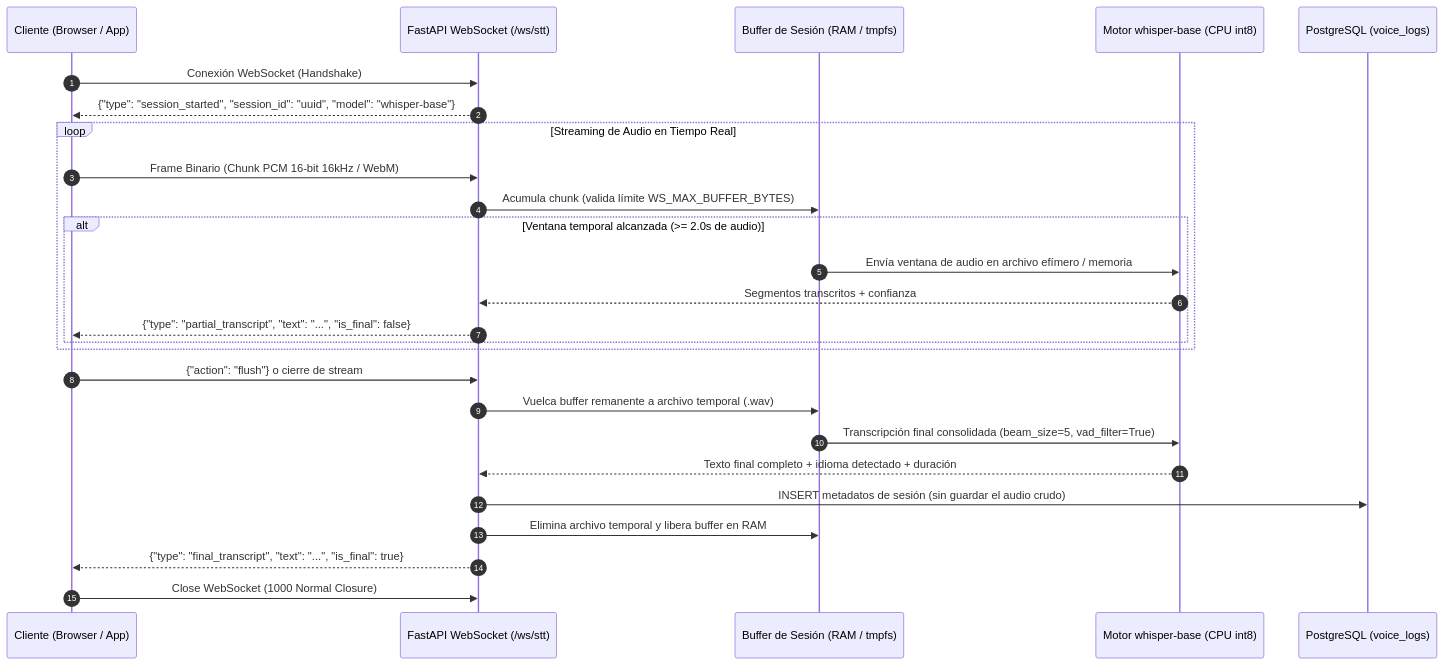
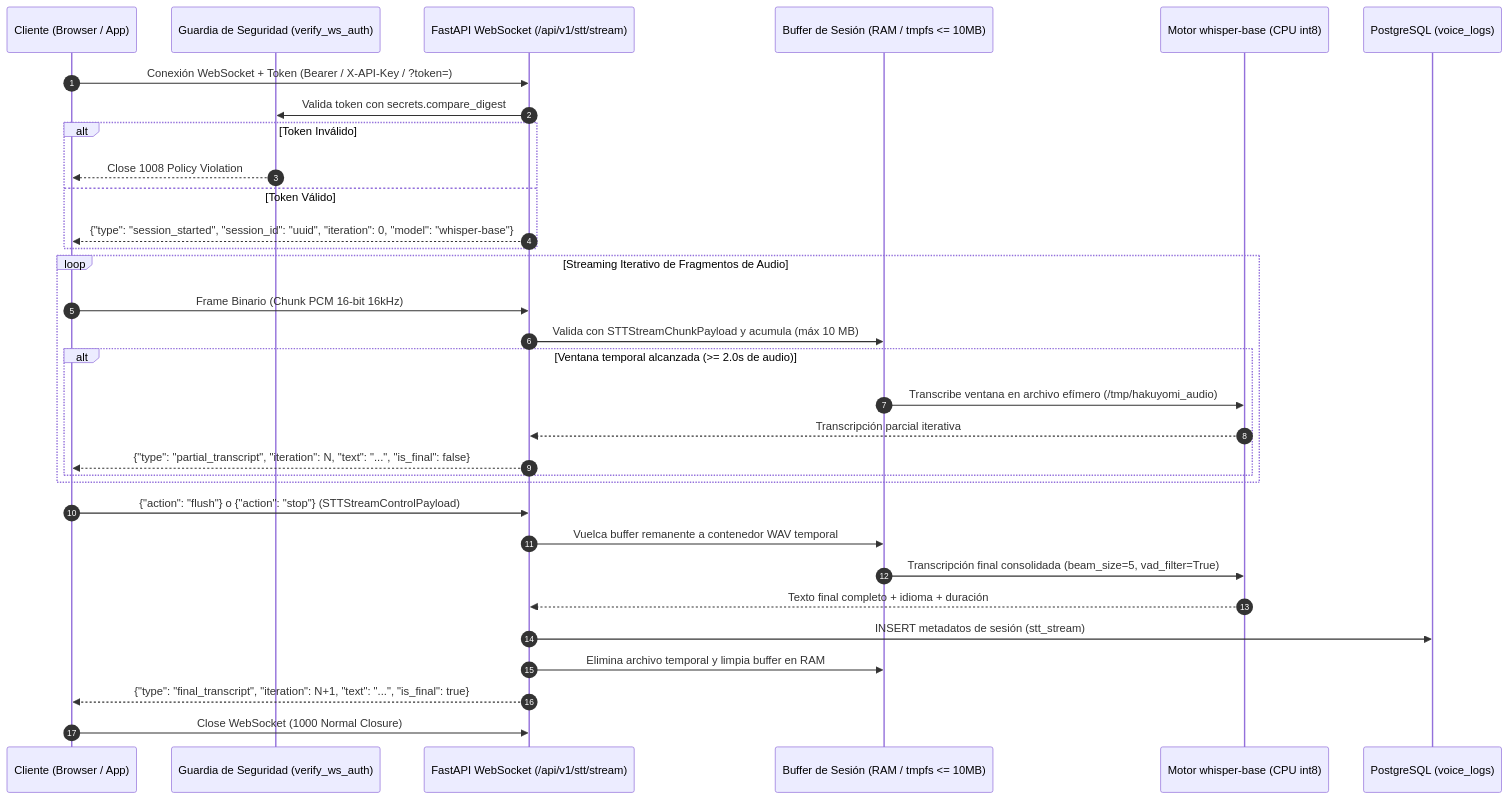
Before and after one commit to FenixDev3000/hakuyomi-voice-api: the first of 2 diagrams in docs/DISENO.md, drawn with Mermaid. The commit also changed other lines of this file and 9 other files, not shown here.

Commit message:
feat(stt): add authenticated ws stream and http upload endpoints with 10MB validation

````diff
--- a/docs/DISENO.md
+++ b/docs/DISENO.md
@@ -40,31 +40,37 @@
 ```mermaid
 sequenceDiagram
     autonumber
     participant C as Cliente (Browser / App)
-    participant WS as FastAPI WebSocket (/ws/stt)
-    participant BUF as Buffer de Sesión (RAM / tmpfs)
+    participant SEC as Guardia de Seguridad (verify_ws_auth)
+    participant WS as FastAPI WebSocket (/api/v1/stt/stream)
+    participant BUF as Buffer de Sesión (RAM / tmpfs <= 10MB)
     participant STT as Motor whisper-base (CPU int8)
     participant DB as PostgreSQL (voice_logs)
 
-    C->>WS: Conexión WebSocket (Handshake)
-    WS-->>C: {"type": "session_started", "session_id": "uuid", "model": "whisper-base"}
+    C->>WS: Conexión WebSocket + Token (Bearer / X-API-Key / ?token=)
+    WS->>SEC: Valida token con secrets.compare_digest
+    alt Token Inválido
+        SEC-->>C: Close 1008 Policy Violation
+    else Token Válido
+        WS-->>C: {"type": "session_started", "session_id": "uuid", "iteration": 0, "model": "whisper-base"}
+    end
 
-    loop Streaming de Audio en Tiempo Real
-        C->>WS: Frame Binario (Chunk PCM 16-bit 16kHz / WebM)
-        WS->>BUF: Acumula chunk (valida límite WS_MAX_BUFFER_BYTES)
+    loop Streaming Iterativo de Fragmentos de Audio
+        C->>WS: Frame Binario (Chunk PCM 16-bit 16kHz)
+        WS->>BUF: Valida con STTStreamChunkPayload y acumula (máx 10 MB)
         alt Ventana temporal alcanzada (>= 2.0s de audio)
-            BUF->>STT: Envía ventana de audio en archivo efímero / memoria
-            STT-->>WS: Segmentos transcritos + confianza
-            WS-->>C: {"type": "partial_transcript", "text": "...", "is_final": false}
+            BUF->>STT: Transcribe ventana en archivo efímero (/tmp/hakuyomi_audio)
+            STT-->>WS: Transcripción parcial iterativa
+            WS-->>C: {"type": "partial_transcript", "iteration": N, "text": "...", "is_final": false}
         end
     end
 
-    C->>WS: {"action": "flush"} o cierre de stream
-    WS->>BUF: Vuelca buffer remanente a archivo temporal (.wav)
+    C->>WS: {"action": "flush"} o {"action": "stop"} (STTStreamControlPayload)
+    WS->>BUF: Vuelca buffer remanente a contenedor WAV temporal
     BUF->>STT: Transcripción final consolidada (beam_size=5, vad_filter=True)
-    STT-->>WS: Texto final completo + idioma detectado + duración
-    WS->>DB: INSERT metadatos de sesión (sin guardar el audio crudo)
-    WS->>BUF: Elimina archivo temporal y libera buffer en RAM
-    WS-->>C: {"type": "final_transcript", "text": "...", "is_final": true}
+    STT-->>WS: Texto final completo + idioma + duración
+    WS->>DB: INSERT metadatos de sesión (stt_stream)
+    WS->>BUF: Elimina archivo temporal y limpia buffer en RAM
+    WS-->>C: {"type": "final_transcript", "iteration": N+1, "text": "...", "is_final": true}
     C->>WS: Close WebSocket (1000 Normal Closure)
 ```
````
